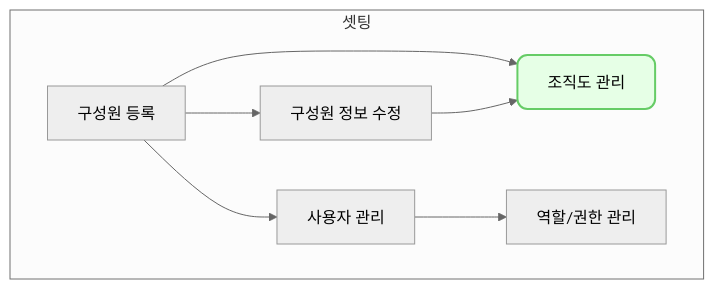
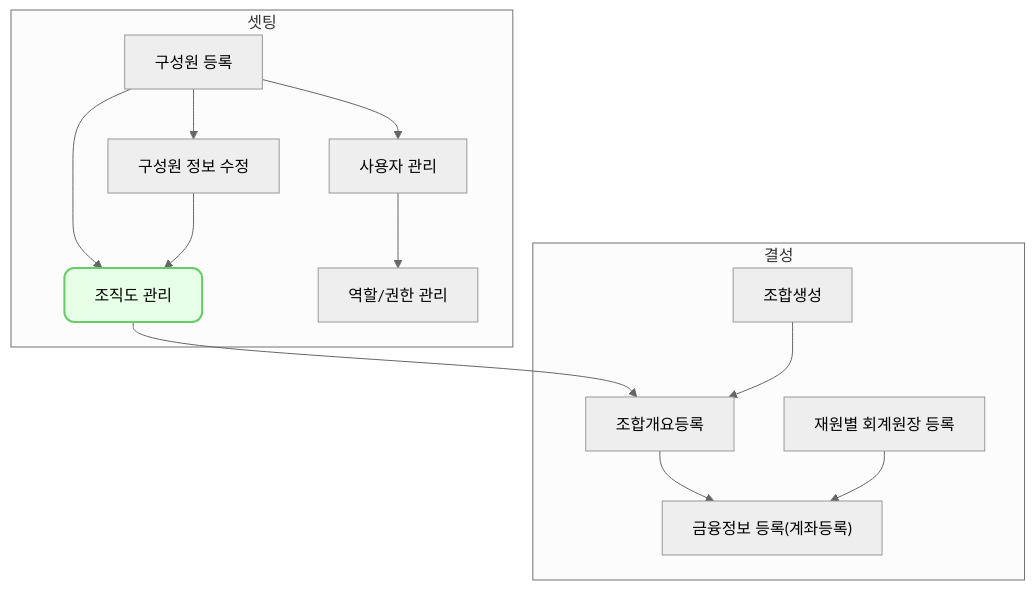
One commit to cotes2020/jekyll-theme-chirpy changed the diagram in _posts/2024-07-02-hr0007.md. Above: the diagram before and after it, drawn with Mermaid (neutral theme). The commit also changed 3 other files, not shown here.

````diff
--- a/_posts/2024-07-02-hr0007.md
+++ b/_posts/2024-07-02-hr0007.md
@@ -40,32 +40,89 @@
 ```mermaid
 flowchart TD
-    subgraph 셋팅["셋팅"]
-        hr0001["구성원 등록"]
-        hr0002["구성원 정보 수정"]
-        hr0007["조직도 관리"]
-        se0005["사용자 관리"]
-        se0003["역할/권한 관리"]
-        hr0001 --> hr0002
-        hr0001 --> hr0007
-        hr0002 --> hr0007
-        hr0001 --> se0005
-        se0005 --> se0003
-    end
+
+    subgraph 셋팅["셋팅"]
+
+        hr0001["구성원 등록"]
+
+        hr0002["구성원 정보 수정"]
+
+        hr0007["조직도 관리"]
+
+        se0005["사용자 관리"]
+
+        se0003["역할/권한 관리"]
+
+        hr0001 --> hr0002
+
+        hr0001 --> hr0007
+
+        hr0002 --> hr0007
+
+        hr0001 --> se0005
+
+        se0005 --> se0003
+
+    end
+
+  
+
+    subgraph 결성["결성"]
+
+        fd0001["조합생성"]
+
+        fd0009["조합개요등록"]
+
+        fm0010["재원별 회계원장 등록"]
+
+        fd0009a["금융정보 등록(계좌등록)"]
+
+        hr0007 --> fd0009
+
+        fd0001 --> fd0009        
+
+        fd0009 --> fd0009a
+
+        fm0010 --> fd0009a
+
+    end
+
+  
+  
+  
+
+    %% 셋팅 --> 결성
+
 click hr0001 "{% post_url 2024-07-02-hr0001 %}" " "
+
 click hr0002 "{% post_url 2024-07-02-hr0002 %}" " "
+
 click hr0007 "{% post_url 2024-07-02-hr0007 %}" " "
+
 click se0005 "{% post_url 2024-07-02-se0005 %}" " "
+
 click se0003 "{% post_url 2024-07-03-se0003 %}" " "
+
 click fd0001 "{% post_url 2024-07-04-fd0001 %}" " "
+
 click fd0010 "{% post_url 2024-07-04-fd0010 %}" " "
+
 click fd0011 "{% post_url 2024-07-04-fd0011 %}" " "
+
 click fm0010 "{% post_url 2024-07-04-fm0010 %}" " "
+
 click fd0009a "{% post_url 2024-07-05-fd0009a %}" " "
+
 click fd0013 "{% post_url 2024-07-05-fd0013 %}" " "
+
 click fd0012 "{% post_url 2024-07-06-fd0012 %}" " "
+
 click fd0006 "{% post_url 2024-07-07-fd0006 %}" " "
+
 click oi0002 "{% post_url 2024-07-07-oi0002 %}" " "
+
 click ed0001 "{% post_url 2024-07-08-ed0001 %}" " "
+
+  
 
 style hr0007 fill:#e6ffe6,stroke:#66cc66,stroke-width:2px,rx:10,ry:10
 ```
````
